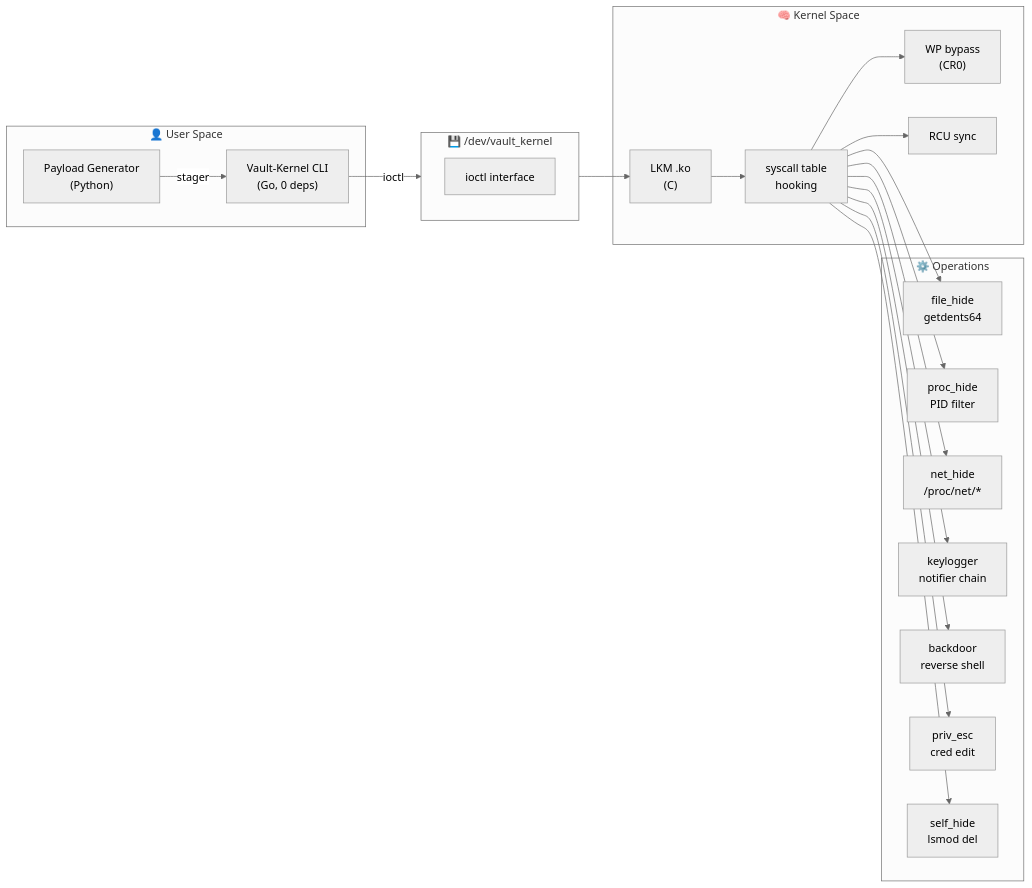
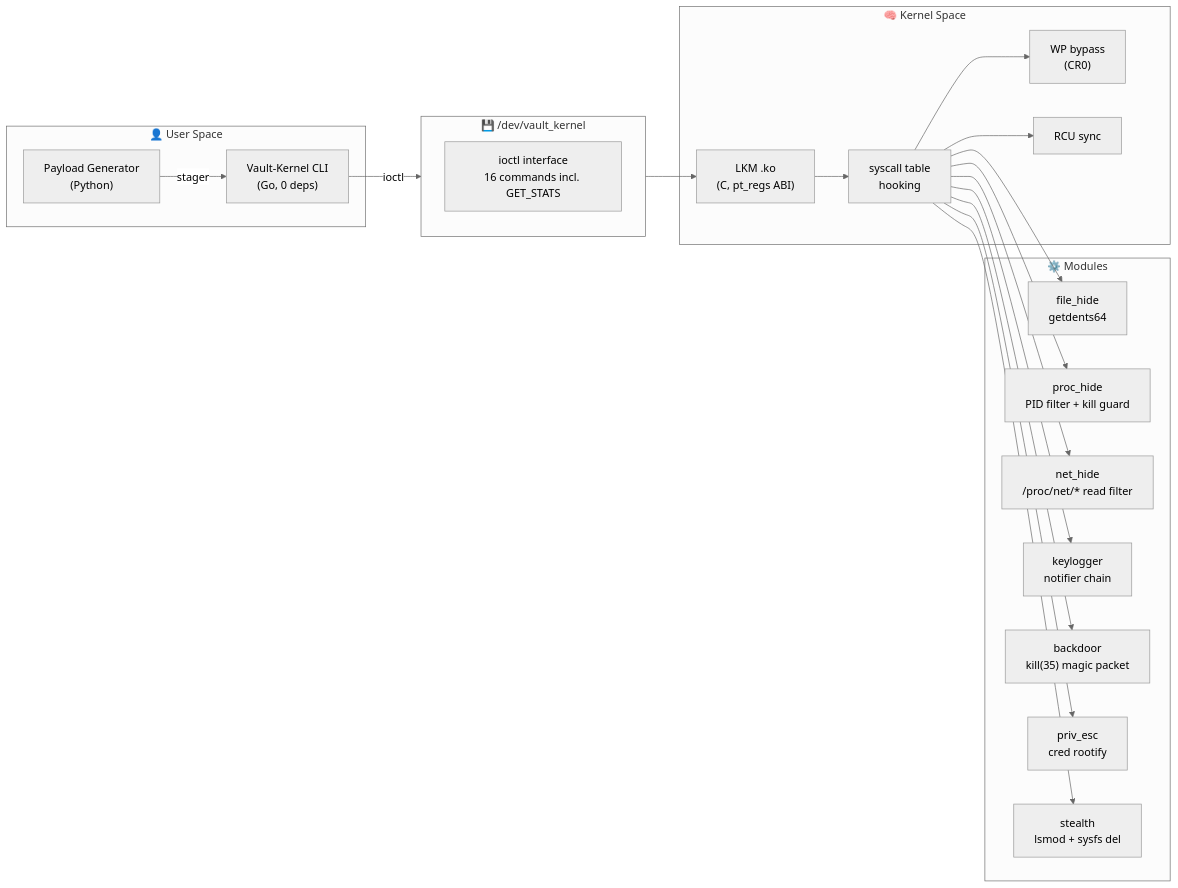
One commit to Ruby570bocadito/Vault-Kernel changed the diagram in README.md. Above: the diagram before and after it, drawn with Mermaid (neutral theme). The commit also changed other lines of this file and 26 other files, not shown here.

````diff
--- a/README.md
+++ b/README.md
@@ -41,41 +32,41 @@
 ```mermaid
 flowchart LR
     subgraph User["👤 User Space"]
         CLI["Vault-Kernel CLI<br/>(Go, 0 deps)"]
         Payload["Payload Generator<br/>(Python)"]
     end
 
     subgraph Kernel["🧠 Kernel Space"]
-        LKM["LKM .ko<br/>(C)"]
+        LKM["LKM .ko<br/>(C, pt_regs ABI)"]
         SCT["syscall table<br/>hooking"]
         WP["WP bypass<br/>(CR0)"]
         RCU["RCU sync"]
     end
 
-    subgraph Ops["⚙️ Operations"]
+    subgraph Ops["⚙️ Modules"]
         FH["file_hide<br/>getdents64"]
-        PH["proc_hide<br/>PID filter"]
-        NH["net_hide<br/>/proc/net/*"]
+        PH["proc_hide<br/>PID filter + kill guard"]
+        NH["net_hide<br/>/proc/net/* read filter"]
         KL["keylogger<br/>notifier chain"]
-        BS["backdoor<br/>reverse shell"]
-        PE["priv_esc<br/>cred edit"]
-        SH["self_hide<br/>lsmod del"]
+        BS["backdoor<br/>kill(35) magic packet"]
+        PE["priv_esc<br/>cred rootify"]
+        SH["stealth<br/>lsmod + sysfs del"]
     end
 
     subgraph Device["💾 /dev/vault_kernel"]
-        IOC["ioctl interface"]
+        IOC["ioctl interface<br/>16 commands incl. GET_STATS"]
     end
 
     CLI -->|ioctl| Device
     Payload -->|stager| CLI
     Device --> LKM
     LKM --> SCT --> WP
     SCT --> RCU
     SCT --> FH
     SCT --> PH
     SCT --> NH
     SCT --> KL
     SCT --> BS
     SCT --> PE
     SCT --> SH
 ```
````
